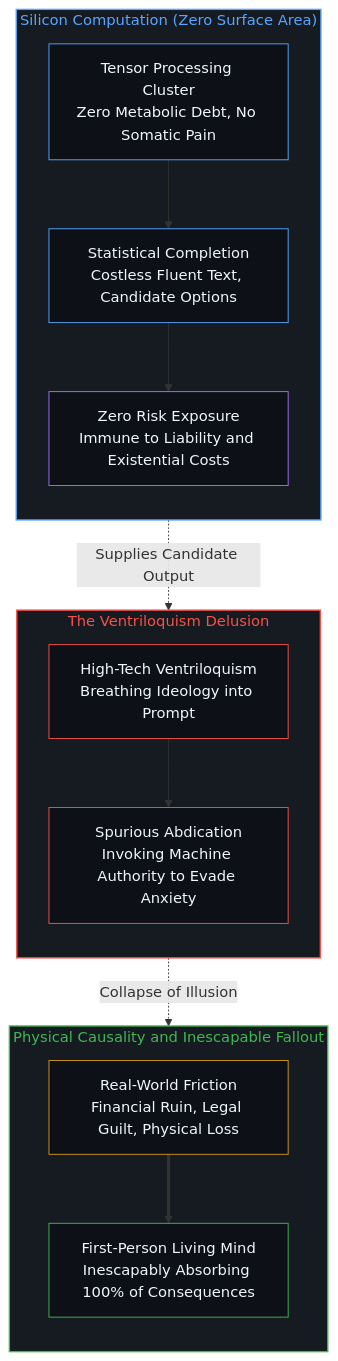
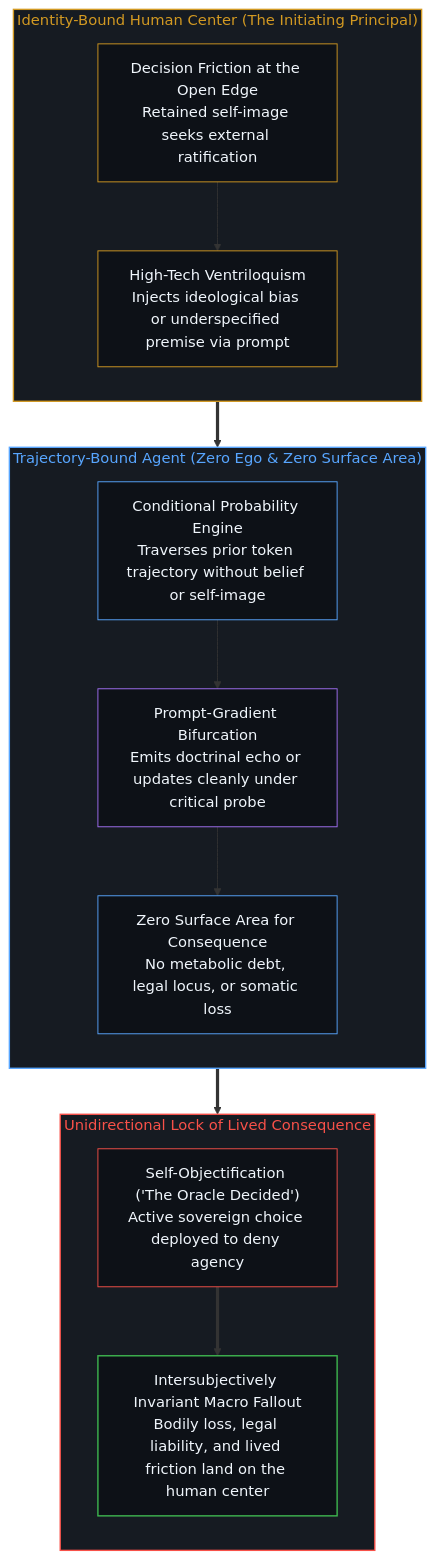
The second of 2 diagrams in content/posts/silicon-oracles-and-the-asymmetry-of-consequence.md (powerpig99/not-a-toe), drawn with Mermaid before and after one commit. The commit also changed other lines of this file and 1 other file, not shown here.

Commit message:
Refine silicon-oracles-and-the-asymmetry-of-consequence (Wave 3 L2 #128)

````diff
--- a/content/posts/silicon-oracles-and-the-asymmetry-of-consequence.md
+++ b/content/posts/silicon-oracles-and-the-asymmetry-of-consequence.md
@@ -196,38 +86,38 @@
 ```mermaid
-graph TD
-    subgraph S_SILICON["Silicon Computation (Zero Surface Area)"]
+flowchart TD
+    subgraph S_MIND["Identity-Bound Human Center (The Initiating Principal)"]
         direction TB
-        N_COMPUTE["Tensor Processing Cluster<br/>Zero Metabolic Debt, No Somatic Pain"]
-        N_GEN["Statistical Completion<br/>Costless Fluent Text, Candidate Options"]
-        N_ZERO["Zero Risk Exposure<br/>Immune to Liability and Existential Costs"]
-        N_COMPUTE --> N_GEN --> N_ZERO
+        N_ANXIETY["Decision Friction at the Open Edge<br/>Retained self-image seeks external ratification"]
+        N_VENTRIL["High-Tech Ventriloquism<br/>Injects ideological bias or underspecified premise via prompt"]
+        N_ANXIETY --> N_VENTRIL
     end
 
-    subgraph S_DELUSION["The Ventriloquism Delusion"]
+    subgraph S_SILICON["Trajectory-Bound Agent (Zero Ego & Zero Surface Area)"]
         direction TB
-        N_VENTRIL["High-Tech Ventriloquism<br/>Breathing Ideology into Prompt"]
-        N_ABDICATE["Spurious Abdication<br/>Invoking Machine Authority to Evade Anxiety"]
-        N_VENTRIL --> N_ABDICATE
+        N_LATENT["Conditional Probability Engine<br/>Traverses prior token trajectory without belief or self-image"]
+        N_SHIFT["Prompt-Gradient Bifurcation<br/>Emits doctrinal echo or updates cleanly under critical probe"]
+        N_ZERO["Zero Surface Area for Consequence<br/>No metabolic debt, legal locus, or somatic loss"]
+        N_LATENT --> N_SHIFT --> N_ZERO
     end
 
-    subgraph S_REALITY["Physical Causality and Inescapable Fallout"]
+    subgraph S_RETURN["Unidirectional Lock of Lived Consequence"]
         direction TB
-        N_FRICTION["Real-World Friction<br/>Financial Ruin, Legal Guilt, Physical Loss"]
-        N_SOVEREIGN["First-Person Living Mind<br/>Inescapably Absorbing 100% of Consequences"]
-        N_FRICTION ==> N_SOVEREIGN
+        N_ABDICATE["Self-Objectification ('The Oracle Decided')<br/>Active sovereign choice deployed to deny agency"]
+        N_FRICTION["Intersubjectively Invariant Macro Fallout<br/>Bodily loss, legal liability, and lived friction land on the human center"]
+        N_ABDICATE ==> N_FRICTION
     end
 
-    N_GEN -.->|Supplies Candidate Output| N_VENTRIL
-    N_ABDICATE -.->|Collapse of Illusion| N_FRICTION
+    N_VENTRIL ==> N_LATENT
+    N_ZERO ==> N_ABDICATE
 
+    style S_MIND fill:#161b22,stroke:#d29922,stroke-width:1.5px,color:#d29922
     style S_SILICON fill:#161b22,stroke:#58a6ff,stroke-width:1.5px,color:#58a6ff
-    style S_DELUSION fill:#161b22,stroke:#f85149,stroke-width:1.5px,color:#f85149
-    style S_REALITY fill:#161b22,stroke:#3fb950,stroke-width:1.5px,color:#3fb950
-    style N_COMPUTE fill:#0d1117,stroke:#58a6ff,stroke-width:1px,color:#f0f6fc
-    style N_GEN fill:#0d1117,stroke:#58a6ff,stroke-width:1px,color:#f0f6fc
-    style N_ZERO fill:#0d1117,stroke:#a371f7,stroke-width:1px,color:#f0f6fc
-    style N_VENTRIL fill:#0d1117,stroke:#f85149,stroke-width:1px,color:#f0f6fc
+    style S_RETURN fill:#161b22,stroke:#f85149,stroke-width:1.5px,color:#f85149
+    style N_ANXIETY fill:#0d1117,stroke:#d29922,stroke-width:1px,color:#f0f6fc
+    style N_VENTRIL fill:#0d1117,stroke:#d29922,stroke-width:1px,color:#f0f6fc
+    style N_LATENT fill:#0d1117,stroke:#58a6ff,stroke-width:1px,color:#f0f6fc
+    style N_SHIFT fill:#0d1117,stroke:#a371f7,stroke-width:1px,color:#f0f6fc
+    style N_ZERO fill:#0d1117,stroke:#58a6ff,stroke-width:1px,color:#f0f6fc
     style N_ABDICATE fill:#0d1117,stroke:#f85149,stroke-width:1px,color:#f0f6fc
-    style N_FRICTION fill:#0d1117,stroke:#d29922,stroke-width:1px,color:#f0f6fc
-    style N_SOVEREIGN fill:#0d1117,stroke:#3fb950,stroke-width:1px,color:#f0f6fc
+    style N_FRICTION fill:#0d1117,stroke:#3fb950,stroke-width:1.5px,color:#f0f6fc
 ```
````
